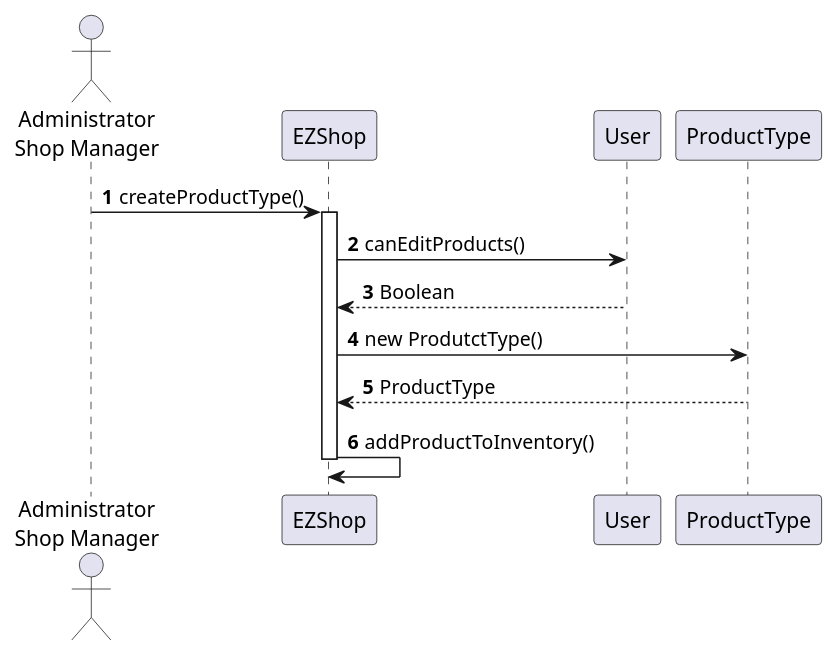
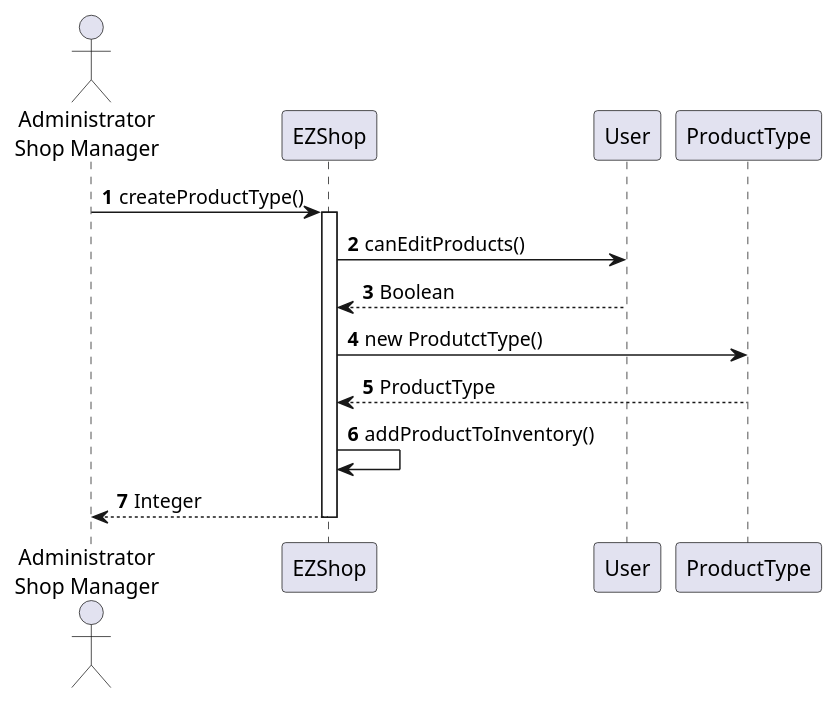
The fifth of 20 diagrams in Deliverables/DesignDocument.md (gioele-scaletta/EZShop-Software-Engineering-Project), drawn with PlantUML before and after one commit. The commit also changed other lines of this file, not shown here.

Commit message:
Slight modification of UC1,2,3 and UML Diagram

````diff
--- a/Deliverables/DesignDocument.md
+++ b/Deliverables/DesignDocument.md
@@ -290,13 +296,14 @@
 ```plantuml
 actor "Administrator\nShop Manager" as user
 autonumber
 
 user->EZShop : createProductType()
 activate EZShop
 EZShop->User : canEditProducts()
 User-->EZShop: Boolean
 EZShop->ProductType : new ProdutctType()
 EZShop<--ProductType : ProductType
 EZShop->EZShop : addProductToInventory()
+EZShop-->user : Integer
 deactivate EZShop
 ```
````
